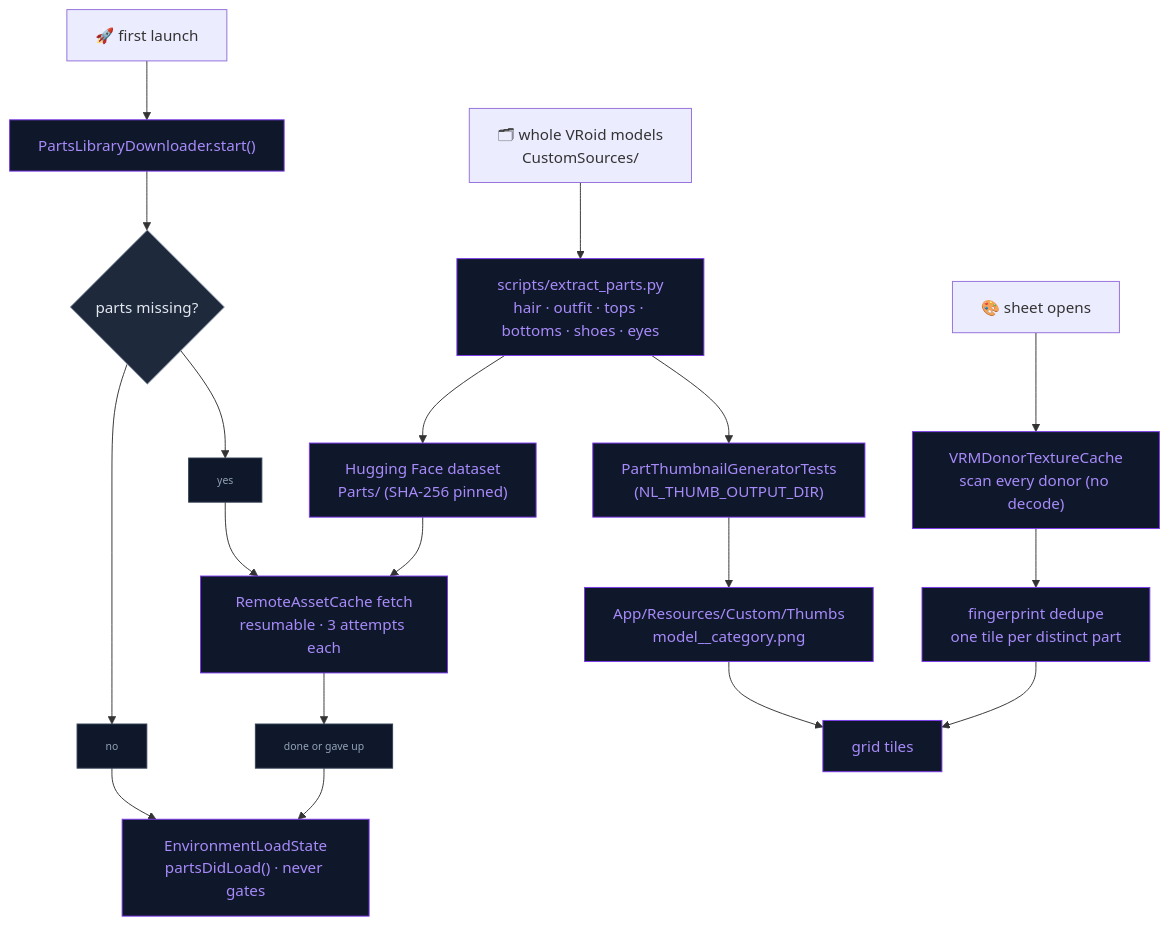
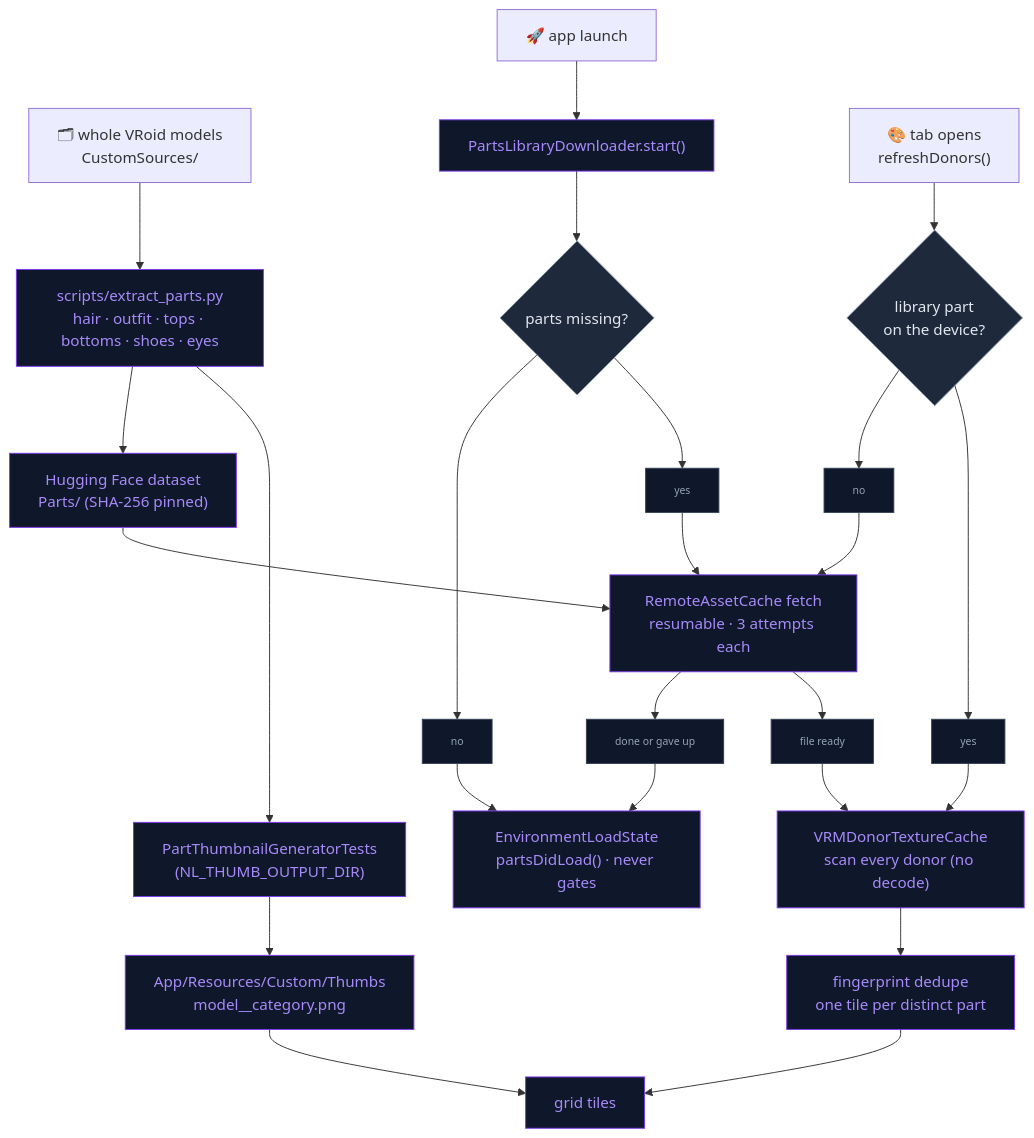
One commit to kevinliddel/NeuraLink changed the third of 3 diagrams in docs/Engine/CHARACTER_CUSTOMIZATION.md. Above: the diagram before and after it, drawn with Mermaid. The commit also changed other lines of this file and 21 other files, not shown here.

````diff
--- a/docs/Engine/CHARACTER_CUSTOMIZATION.md
+++ b/docs/Engine/CHARACTER_CUSTOMIZATION.md
@@ -341,30 +381,33 @@
 ```mermaid
 flowchart TD
     SRC["🗂 whole VRoid models<br/>CustomSources/"] --> EXTRACT["scripts/extract_parts.py<br/>hair · outfit · tops · bottoms · shoes · eyes"]
     EXTRACT --> HF["Hugging Face dataset<br/>Parts/ (SHA-256 pinned)"]
     EXTRACT --> GEN["PartThumbnailGeneratorTests<br/>(NL_THUMB_OUTPUT_DIR)"]
     GEN --> THUMBS["App/Resources/Custom/Thumbs<br/>model__category.png"]
 
-    LAUNCH["🚀 first launch"] --> DL["PartsLibraryDownloader.start()"]
+    LAUNCH["🚀 app launch"] --> DL["PartsLibraryDownloader.start()"]
     DL --> MISSING{"parts missing?"}
     MISSING --> D1["no"] --> GATE["EnvironmentLoadState<br/>partsDidLoad() · never gates"]
     MISSING --> D2["yes"] --> FETCH["RemoteAssetCache fetch<br/>resumable · 3 attempts each"]
     HF --> FETCH
     FETCH --> D3["done or gave up"] --> GATE
 
-    OPEN["🎨 sheet opens"] --> SCAN["VRMDonorTextureCache<br/>scan every donor (no decode)"]
+    OPEN["🎨 tab opens<br/>refreshDonors()"] --> ONDISK{"library part<br/>on the device?"}
+    ONDISK --> D4["no"] --> FETCH
+    ONDISK --> D5["yes"] --> SCAN["VRMDonorTextureCache<br/>scan every donor (no decode)"]
+    FETCH --> D6["file ready"] --> SCAN
     SCAN --> DEDUPE["fingerprint dedupe<br/>one tile per distinct part"]
     THUMBS --> TILES["grid tiles"]
     DEDUPE --> TILES
 
     %% Styles
     classDef core fill:#0f172a,stroke:#7c3aed,color:#a78bfa
     classDef decision fill:#1e293b,stroke:#94a3b8,color:#e2e8f0
 
     class EXTRACT,HF,GEN,THUMBS,DL,FETCH,GATE,SCAN,DEDUPE,TILES core
-    class MISSING decision
+    class MISSING,ONDISK decision
 
     %% Data nodes (consistent system-wide)
     classDef data fill:#0f172a,stroke:#334155,color:#94a3b8,font-size:11px
-    class D1,D2,D3 data
+    class D1,D2,D3,D4,D5,D6 data
 ```
````
